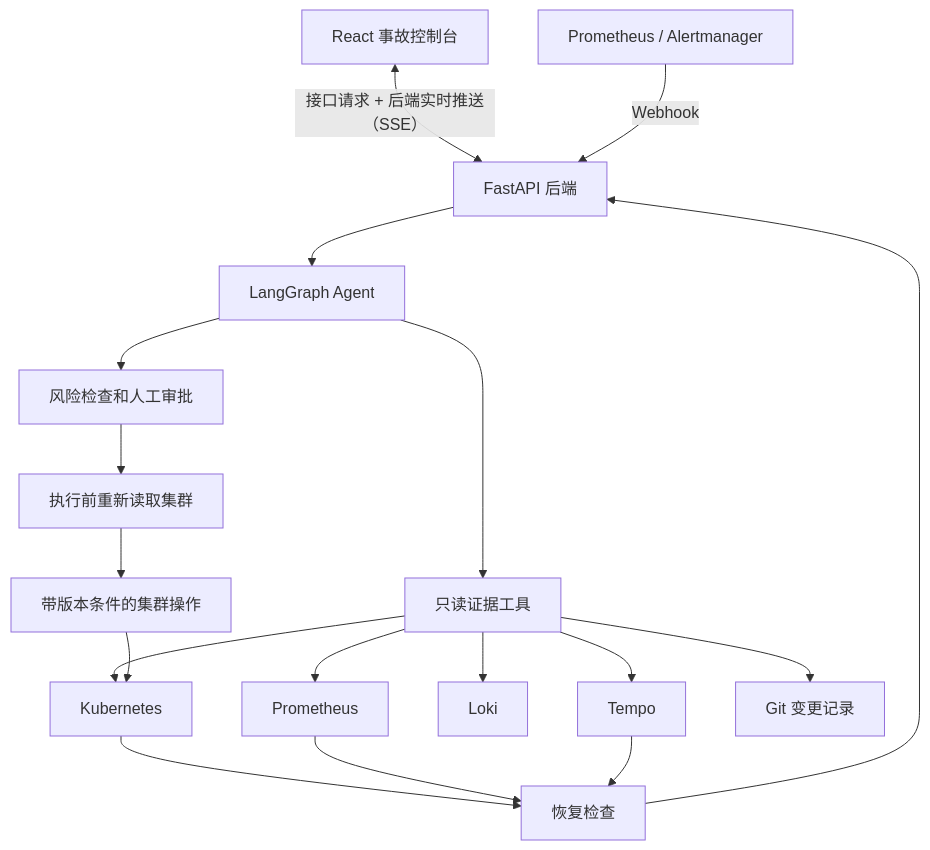
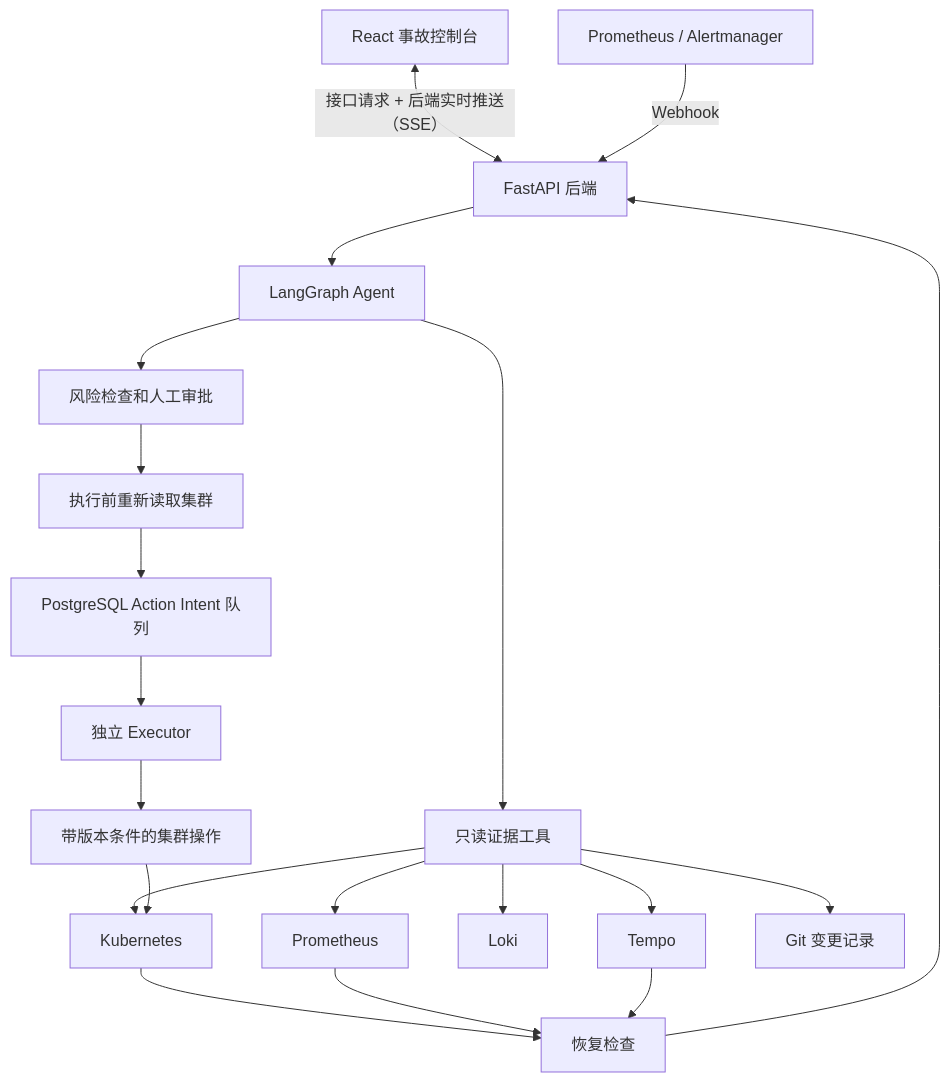
One commit to q741242673/sentinelops changed the second of 2 diagrams in README.md. Above: the diagram before and after it, drawn with Mermaid. The commit also changed other lines of this file and 104 other files, not shown here.

````diff
--- a/README.md
+++ b/README.md
@@ -56,20 +56,22 @@
 ```mermaid
 flowchart TB
     UI["React 事故控制台"] <-->|"接口请求 + 后端实时推送（SSE）"| API["FastAPI 后端"]
     AM["Prometheus / Alertmanager"] -->|"Webhook"| API
     API --> AGENT["LangGraph Agent"]
     AGENT --> READ["只读证据工具"]
     READ --> K8S["Kubernetes"]
     READ --> PROM["Prometheus"]
     READ --> LOKI["Loki"]
     READ --> TEMPO["Tempo"]
     READ --> GIT["Git 变更记录"]
     AGENT --> POLICY["风险检查和人工审批"]
     POLICY --> PREFLIGHT["执行前重新读取集群"]
-    PREFLIGHT --> WRITE["带版本条件的集群操作"]
+    PREFLIGHT --> QUEUE["PostgreSQL Action Intent 队列"]
+    QUEUE --> EXECUTOR["独立 Executor"]
+    EXECUTOR --> WRITE["带版本条件的集群操作"]
     WRITE --> K8S
     K8S --> VERIFY["恢复检查"]
     PROM --> VERIFY
     TEMPO --> VERIFY
     VERIFY --> API
 ```
````
